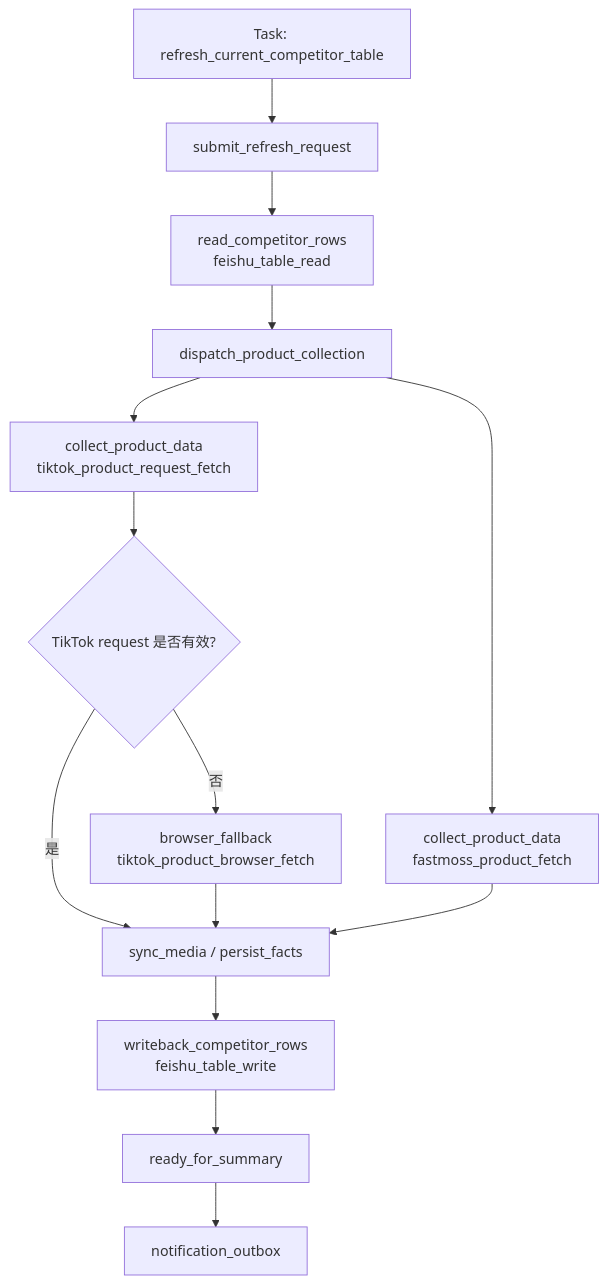
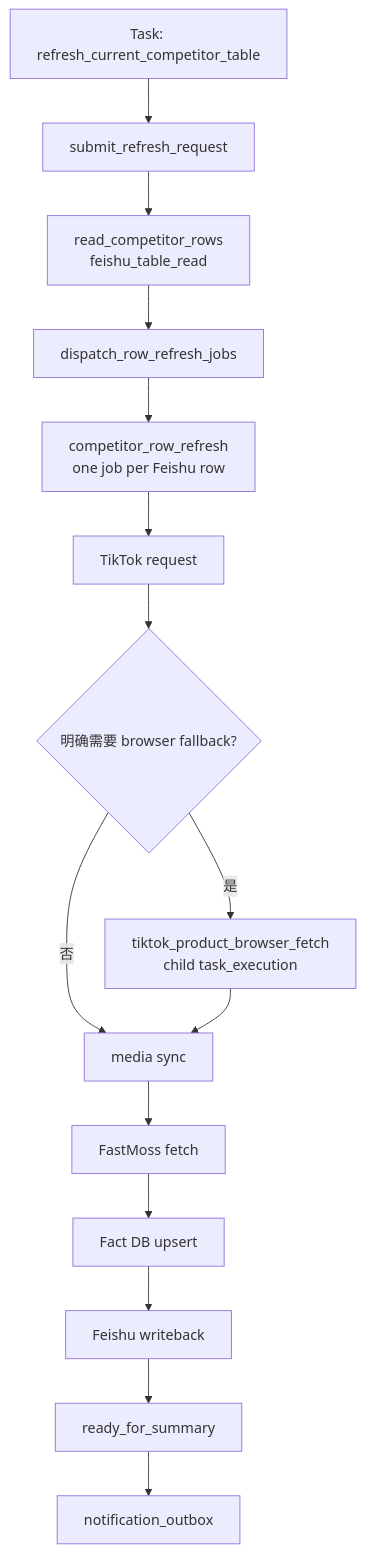
The first of 5 diagrams in docs/arch/workflow-competitor-table-design.md (knighterrantsky/mujitask), drawn with Mermaid before and after one commit. The commit also changed other lines of this file and 36 other files, not shown here.

Commit message:
Implement competitor row refresh pipeline

````diff
--- a/docs/arch/workflow-competitor-table-design.md
+++ b/docs/arch/workflow-competitor-table-design.md
@@ -34,16 +33,17 @@
 ```mermaid
 flowchart TD
     A["Task: refresh_current_competitor_table"] --> B["submit_refresh_request"]
     B --> C["read_competitor_rows<br/>feishu_table_read"]
-    C --> D["dispatch_product_collection"]
-    D --> E["collect_product_data<br/>tiktok_product_request_fetch"]
-    D --> F["collect_product_data<br/>fastmoss_product_fetch"]
-    E --> G{"TikTok request 是否有效?"}
-    G -->|否| H["browser_fallback<br/>tiktok_product_browser_fetch"]
-    G -->|是| I["sync_media / persist_facts"]
+    C --> D["dispatch_row_refresh_jobs"]
+    D --> E["competitor_row_refresh<br/>one job per Feishu row"]
+    E --> F["TikTok request"]
+    F --> G{"明确需要 browser fallback?"}
+    G -->|是| H["tiktok_product_browser_fetch<br/>child task_execution"]
+    G -->|否| I["media sync"]
     H --> I
-    F --> I
-    I --> J["writeback_competitor_rows<br/>feishu_table_write"]
-    J --> K["ready_for_summary"]
-    K --> L["notification_outbox"]
+    I --> J["FastMoss fetch"]
+    J --> K["Fact DB upsert"]
+    K --> L["Feishu writeback"]
+    L --> M["ready_for_summary"]
+    M --> N["notification_outbox"]
 ```
````
